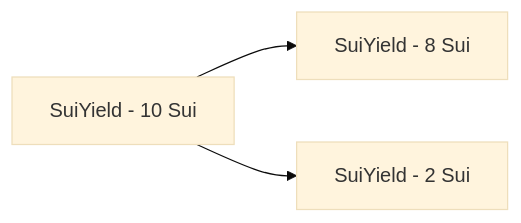
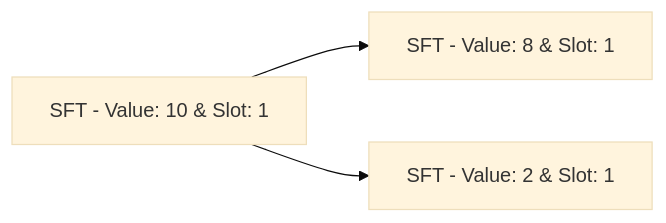
Before and after one commit to interest-protocol/interest-lst: the fourth of 5 diagrams in README.md, drawn with Mermaid (base theme). The commit also changed other lines of this file, not shown here.

````diff
--- a/README.md
+++ b/README.md
@@ -137,9 +163,17 @@
 ```mermaid
+
+
 
 graph LR
 
-A[SuiYield - 10 Sui]
 
-A --> B[SuiYield - 8 Sui]
-A --> C[SuiYield - 2 Sui]
+
+A[SFT - Value: 10 & Slot: 1]
+
+
+
+A --> B[SFT - Value: 8 & Slot: 1]
+
+A --> C[SFT - Value: 2 & Slot: 1]
+
 ```
````
